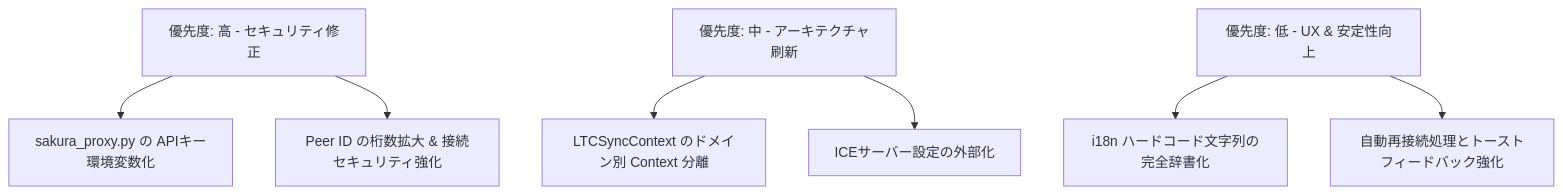
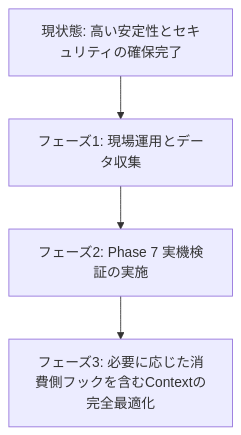
Before and after one commit to O-rengeman/Phone-TC: the diagram in SYSTEM_CODE_REVIEW.md, drawn with Mermaid. The commit also changed other lines of this file, not shown here.

````diff
--- a/SYSTEM_CODE_REVIEW.md
+++ b/SYSTEM_CODE_REVIEW.md
@@ -145,11 +95,6 @@
 ```mermaid
 flowchart TD
-    A[優先度: 高 - セキュリティ修正] --> A1[sakura_proxy.py の APIキー環境変数化]
-    A --> A2[Peer ID の桁数拡大 & 接続セキュリティ強化]
-    
-    B[優先度: 中 - アーキテクチャ刷新] --> B1[LTCSyncContext のドメイン別 Context 分離]
-    B --> B2[ICEサーバー設定の外部化]
-    
-    C[優先度: 低 - UX & 安定性向上] --> C1[i18n ハードコード文字列の完全辞書化]
-    C --> C2[自動再接続処理とトーストフィードバック強化]
+    A[現状態: 高い安定性とセキュリティの確保完了] --> B[フェーズ1: 現場運用とデータ収集]
+    B --> C[フェーズ2: Phase 7 実機検証の実施]
+    C --> D[フェーズ3: 必要に応じた消費側フックを含むContextの完全最適化]
 ```
````
